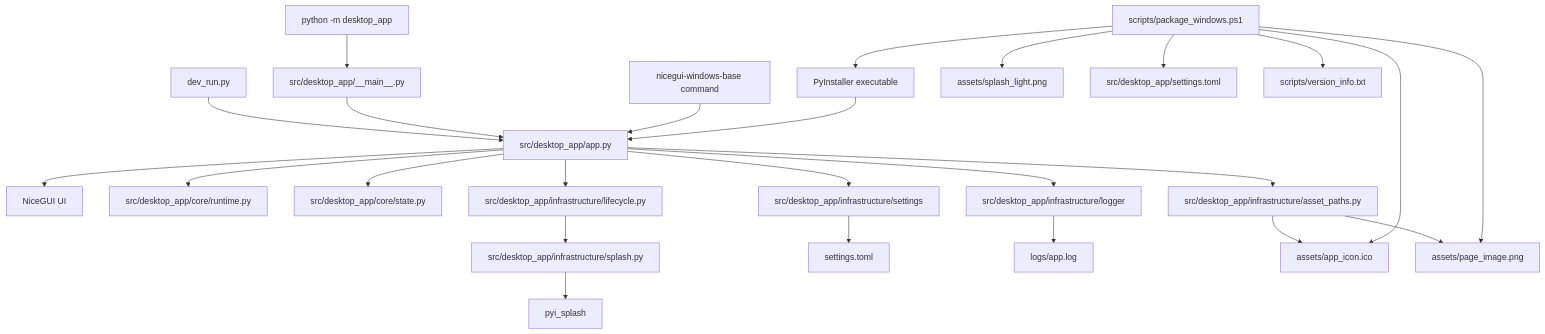
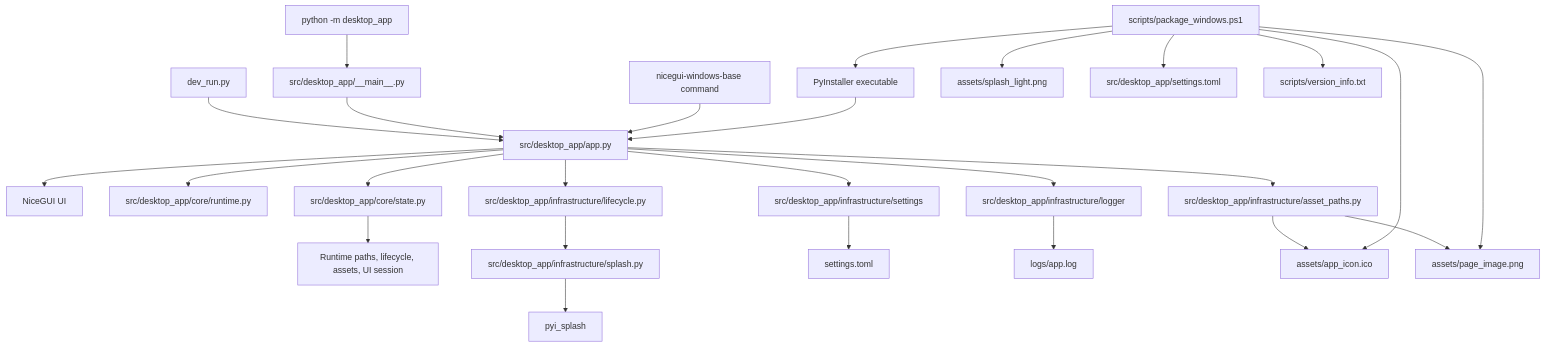
Before and after one commit to Fonze81/NiceGui-Windows-Base: the diagram in docs/README.md, drawn with Mermaid. The commit also changed other lines of this file and 13 other files, not shown here.

````diff
--- a/docs/README.md
+++ b/docs/README.md
@@ -44,30 +45,31 @@
 ```mermaid
 flowchart TD
     A[dev_run.py] --> B[src/desktop_app/app.py]
     C[python -m desktop_app] --> D[src/desktop_app/__main__.py]
     D --> B
     E[nicegui-windows-base command] --> B
     F[PyInstaller executable] --> B
 
     B --> G[NiceGUI UI]
     B --> H[src/desktop_app/core/runtime.py]
     B --> T[src/desktop_app/core/state.py]
+    T --> X[Runtime paths, lifecycle, assets, UI session]
     B --> U[src/desktop_app/infrastructure/settings]
     B --> I[src/desktop_app/infrastructure/asset_paths.py]
     B --> J[src/desktop_app/infrastructure/lifecycle.py]
     B --> R[src/desktop_app/infrastructure/logger]
     J --> K[src/desktop_app/infrastructure/splash.py]
     U --> V[settings.toml]
     R --> S[logs/app.log]
 
     I --> L[assets/app_icon.ico]
     I --> M[assets/page_image.png]
     K --> N[pyi_splash]
 
     O[scripts/package_windows.ps1] --> F
     O --> L
     O --> M
     O --> P[assets/splash_light.png]
     O --> W[src/desktop_app/settings.toml]
     O --> Q[scripts/version_info.txt]
 ```
````
